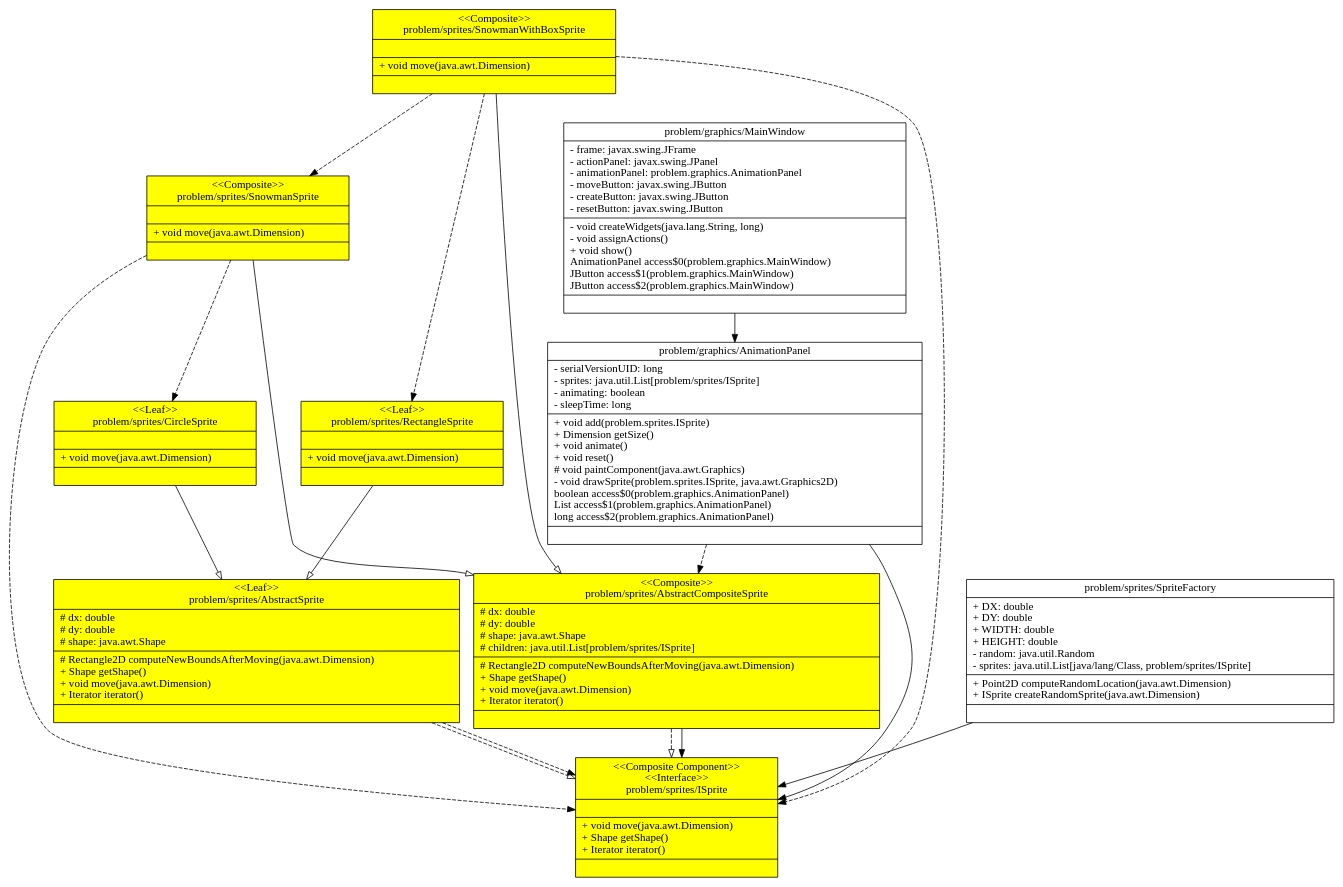
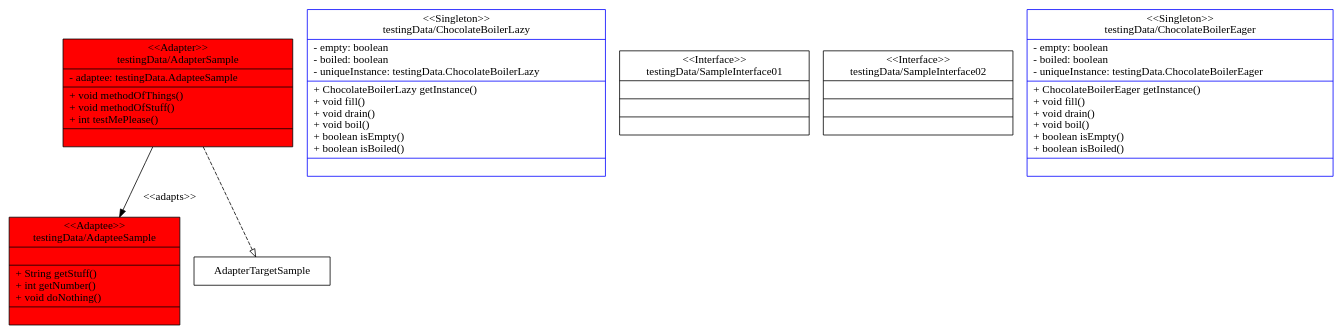
Before and after one commit to csse374project/project: the diagram in input_output/temp.dot, drawn with Graphviz. The commit also changed 5 other files, not shown here.

Commit message:
added missing uml parser commands

```diff
--- a/input_output/temp.dot
+++ b/input_output/temp.dot
@@ -1,121 +1,62 @@
 digraph UML {
 
 	node [
 		shape = "record"
 	]
 
-	ISprite [
-		label = "{\<\<Composite Component\>\>\n\<\<Interface\>\>\nproblem/sprites/ISprite||+ void move(java.awt.Dimension)\l+ Shape getShape()\l+ Iterator iterator()\l|}"
+	AdapterSample [
+		label = "{\<\<Adapter\>\>\ntestingData/AdapterSample|- adaptee: testingData.AdapteeSample\l|+ void methodOfThings()\l+ void methodOfStuff()\l+ int testMePlease()\l|}"
 		style=filled
-		fillcolor=yellow
+		fillcolor=red
 
 	]
 
-	AbstractSprite [
-		label = "{\<\<Leaf\>\>\nproblem/sprites/AbstractSprite|# dx: double\l# dy: double\l# shape: java.awt.Shape\l|# Rectangle2D computeNewBoundsAfterMoving(java.awt.Dimension)\l+ Shape getShape()\l+ void move(java.awt.Dimension)\l+ Iterator iterator()\l|}"
+	AdapterSample -> AdapteeSample [label = "\<\<adapts\>\>"]
+
+	edge [
+		arrowhead = "empty" style = "dashed"
+	]
+	AdapterSample -> AdapterTargetSample	ChocolateBoilerLazy [
+		label = "{\<\<Singleton\>\>\ntestingData/ChocolateBoilerLazy|- empty: boolean\l- boiled: boolean\l- uniqueInstance: testingData.ChocolateBoilerLazy\l|+ ChocolateBoilerLazy getInstance()\l+ void fill()\l+ void drain()\l+ void boil()\l+ boolean isEmpty()\l+ boolean isBoiled()\l|}"
+		color=blue
+	]
+
+	SampleInterface01 [
+		label = "{\<\<Interface\>\>\ntestingData/SampleInterface01|||}"
+		
+	]
+
+	AdapteeSample [
+		label = "{\<\<Adaptee\>\>\ntestingData/AdapteeSample||+ String getStuff()\l+ int getNumber()\l+ void doNothing()\l|}"
 		style=filled
-		fillcolor=yellow
+		fillcolor=red
 
 	]
 
-	SnowmanSprite [
-		label = "{\<\<Composite\>\>\nproblem/sprites/SnowmanSprite||+ void move(java.awt.Dimension)\l|}"
-		style=filled
-		fillcolor=yellow
-
-	]
-
-	RectangleSprite [
-		label = "{\<\<Leaf\>\>\nproblem/sprites/RectangleSprite||+ void move(java.awt.Dimension)\l|}"
-		style=filled
-		fillcolor=yellow
-
-	]
-
-	SnowmanWithBoxSprite [
-		label = "{\<\<Composite\>\>\nproblem/sprites/SnowmanWithBoxSprite||+ void move(java.awt.Dimension)\l|}"
-		style=filled
-		fillcolor=yellow
-
-	]
-
-	MainWindow [
-		label = "{problem/graphics/MainWindow|- frame: javax.swing.JFrame\l- actionPanel: javax.swing.JPanel\l- animationPanel: problem.graphics.AnimationPanel\l- moveButton: javax.swing.JButton\l- createButton: javax.swing.JButton\l- resetButton: javax.swing.JButton\l|- void createWidgets(java.lang.String, long)\l- void assignActions()\l+ void show()\l  AnimationPanel access$0(problem.graphics.MainWindow)\l  JButton access$1(problem.graphics.MainWindow)\l  JButton access$2(problem.graphics.MainWindow)\l|}"
+	SampleInterface02 [
+		label = "{\<\<Interface\>\>\ntestingData/SampleInterface02|||}"
 		
 	]
 
-	CircleSprite [
-		label = "{\<\<Leaf\>\>\nproblem/sprites/CircleSprite||+ void move(java.awt.Dimension)\l|}"
-		style=filled
-		fillcolor=yellow
-
-	]
-
-	SpriteFactory [
-		label = "{problem/sprites/SpriteFactory|+ DX: double\l+ DY: double\l+ WIDTH: double\l+ HEIGHT: double\l- random: java.util.Random\l- sprites: java.util.List[java/lang/Class, problem/sprites/ISprite]\l|+ Point2D computeRandomLocation(java.awt.Dimension)\l+ ISprite createRandomSprite(java.awt.Dimension)\l|}"
-		
-	]
-
-	AnimationPanel [
-		label = "{problem/graphics/AnimationPanel|- serialVersionUID: long\l- sprites: java.util.List[problem/sprites/ISprite]\l- animating: boolean\l- sleepTime: long\l|+ void add(problem.sprites.ISprite)\l+ Dimension getSize()\l+ void animate()\l+ void reset()\l# void paintComponent(java.awt.Graphics)\l- void drawSprite(problem.sprites.ISprite, java.awt.Graphics2D)\l  boolean access$0(problem.graphics.AnimationPanel)\l  List access$1(problem.graphics.AnimationPanel)\l  long access$2(problem.graphics.AnimationPanel)\l|}"
-		
-	]
-
-	AbstractCompositeSprite [
-		label = "{\<\<Composite\>\>\nproblem/sprites/AbstractCompositeSprite|# dx: double\l# dy: double\l# shape: java.awt.Shape\l# children: java.util.List[problem/sprites/ISprite]\l|# Rectangle2D computeNewBoundsAfterMoving(java.awt.Dimension)\l+ Shape getShape()\l+ void move(java.awt.Dimension)\l+ Iterator iterator()\l|}"
-		style=filled
-		fillcolor=yellow
-
+	ChocolateBoilerEager [
+		label = "{\<\<Singleton\>\>\ntestingData/ChocolateBoilerEager|- empty: boolean\l- boiled: boolean\l- uniqueInstance: testingData.ChocolateBoilerEager\l|+ ChocolateBoilerEager getInstance()\l+ void fill()\l+ void drain()\l+ void boil()\l+ boolean isEmpty()\l+ boolean isBoiled()\l|}"
+		color=blue
 	]
 
 	edge [
 		arrowhead = "empty"
 	]
 
-	SnowmanSprite -> AbstractCompositeSprite
-
-	RectangleSprite -> AbstractSprite
-
-	SnowmanWithBoxSprite -> AbstractCompositeSprite
-
-	CircleSprite -> AbstractSprite
-
 	edge [
 		style = "dashed"
 	]
-
-	AbstractSprite -> ISprite
-
-	AbstractCompositeSprite -> ISprite
 
 	edge [
 		arrowhead = "normal" style = "solid"
 	]
 
-	MainWindow -> AnimationPanel
-
-	SpriteFactory -> ISprite
-
-	AnimationPanel -> ISprite
-
-	AbstractCompositeSprite -> ISprite
-
 	edge [
 		arrowhead = "normal" style = "dashed"
 	]
 
-	AbstractSprite -> ISprite
-
-	SnowmanSprite -> CircleSprite
-
-	SnowmanSprite -> ISprite
-
-	SnowmanWithBoxSprite -> RectangleSprite
-
-	SnowmanWithBoxSprite -> SnowmanSprite
-
-	SnowmanWithBoxSprite -> ISprite
-
-	AnimationPanel -> AbstractCompositeSprite
-
 }
```
